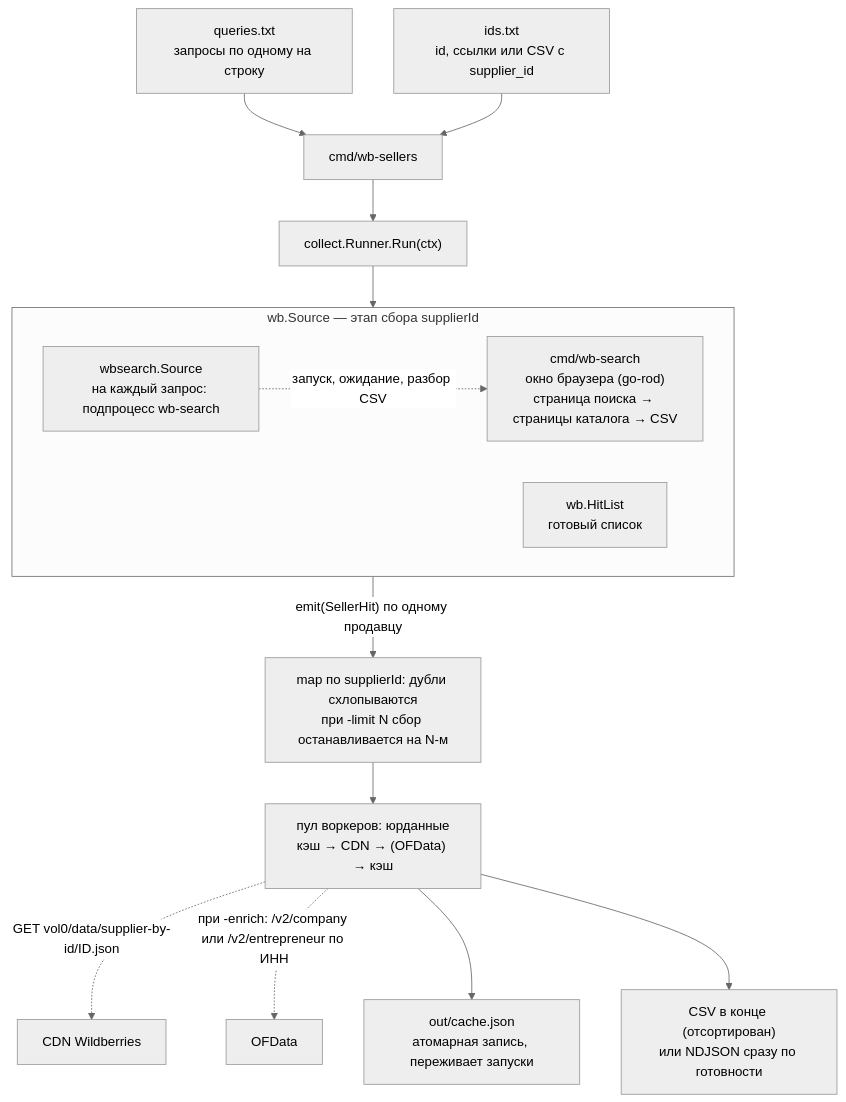
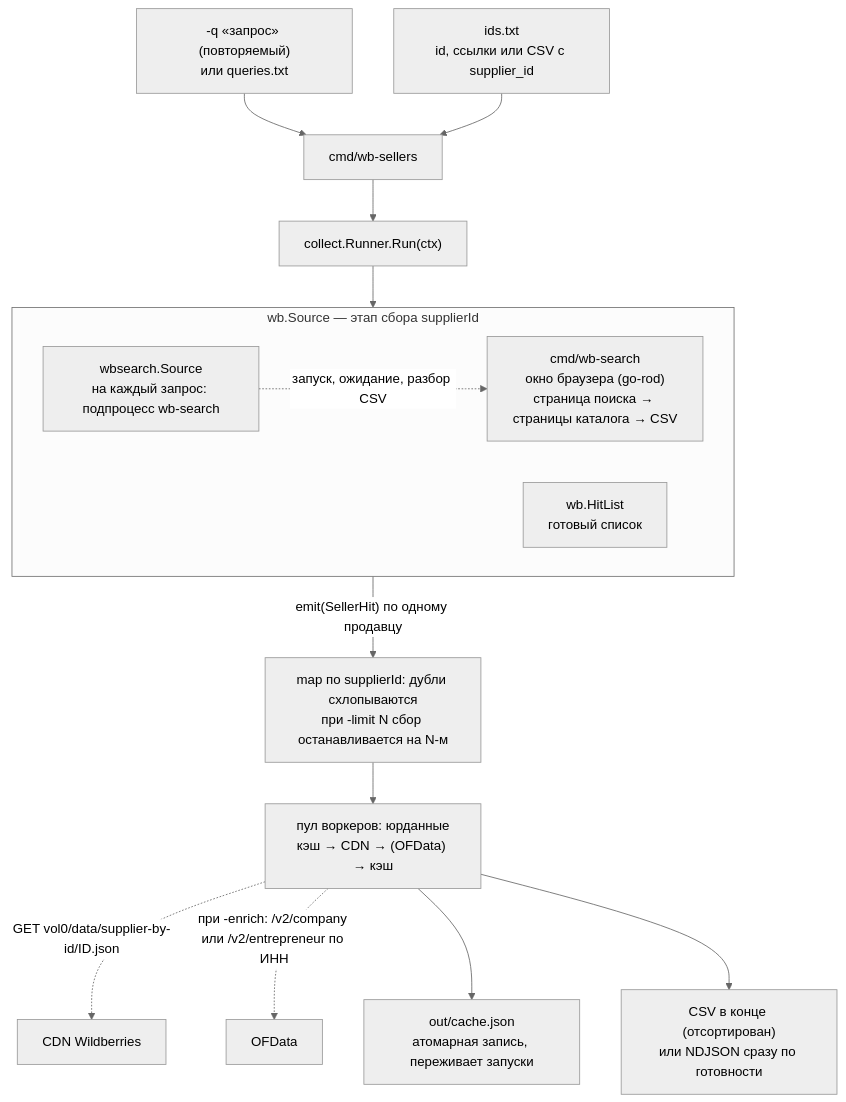
Before and after one commit to OkaneKatsuro/go-wb: the first of 4 diagrams in README.md, drawn with Mermaid (neutral theme). The commit also changed other lines of this file and 1 other file, not shown here.

First line of the commit message:
Запрос прямо в команде: флаг -q

````diff
--- a/README.md
+++ b/README.md
@@ -58,21 +58,21 @@
 ```mermaid
 flowchart TD
-    Q["queries.txt<br/>запросы по одному на строку"] --> CLI["cmd/wb-sellers"]
+    Q["-q «запрос» (повторяемый)<br/>или queries.txt"] --> CLI["cmd/wb-sellers"]
     I["ids.txt<br/>id, ссылки или CSV с supplier_id"] --> CLI
     CLI --> RUN["collect.Runner.Run(ctx)"]
 
     subgraph SOURCE["wb.Source — этап сбора supplierId"]
         WS["wbsearch.Source<br/>на каждый запрос: подпроцесс wb-search"]
         BR["cmd/wb-search<br/>окно браузера (go-rod)<br/>страница поиска → страницы каталога → CSV"]
         HL["wb.HitList<br/>готовый список"]
         WS -. "запуск, ожидание, разбор CSV" .-> BR
     end
 
     RUN --> SOURCE
     SOURCE -->|"emit(SellerHit) по одному продавцу"| DEDUP["map по supplierId: дубли схлопываются<br/>при -limit N сбор останавливается на N-м"]
     DEDUP --> POOL["пул воркеров: юрданные<br/>кэш → CDN → (OFData) → кэш"]
     POOL -.->|"GET vol0/data/supplier-by-id/ID.json"| CDN["CDN Wildberries"]
     POOL -.->|"при -enrich: /v2/company или /v2/entrepreneur по ИНН"| OFD["OFData"]
     POOL --> CACHE["out/cache.json<br/>атомарная запись, переживает запуски"]
     POOL --> OUT["CSV в конце (отсортирован)<br/>или NDJSON сразу по готовности"]
 ```
````
